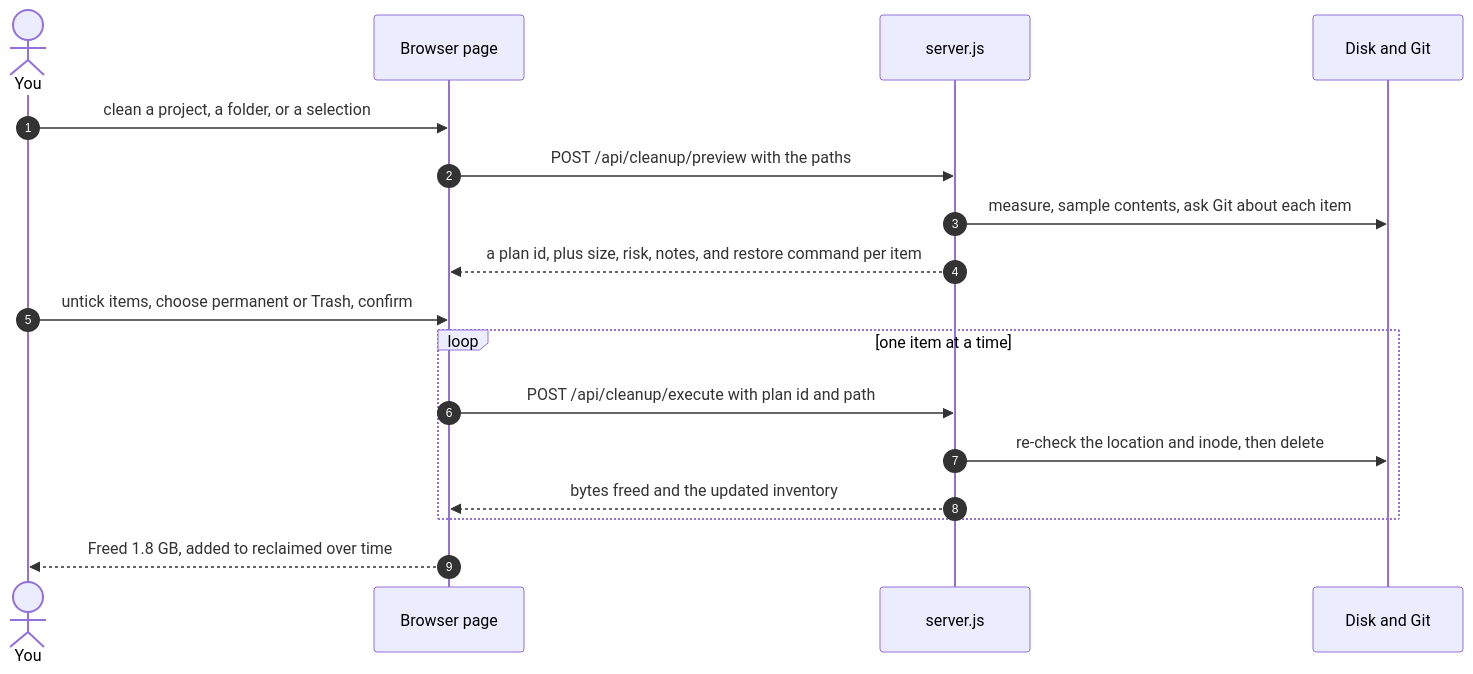
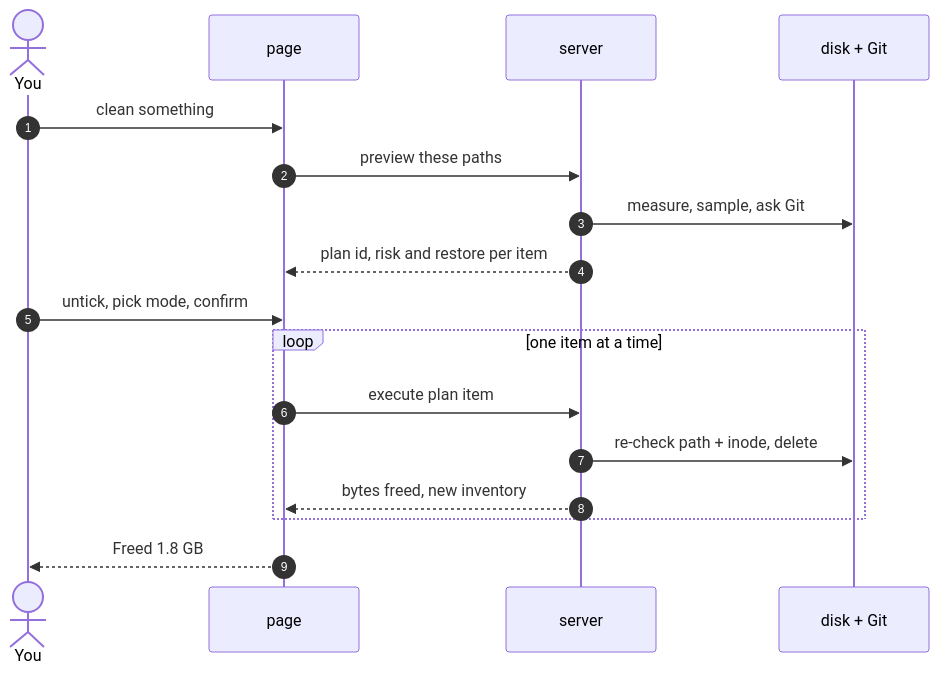
Before and after one commit to Rami-0/slop-finder: the second of 5 diagrams in README.md, drawn with Mermaid. The commit also changed other lines of this file, not shown here.

First line of the commit message:
Reshape the README diagrams to read at GitHub's column width

````diff
--- a/README.md
+++ b/README.md
@@ -162,19 +162,19 @@
 ```mermaid
 sequenceDiagram
     autonumber
     actor You
-    participant Page as Browser page
-    participant Server as server.js
-    participant Disk as Disk and Git
-    You->>Page: clean a project, a folder, or a selection
-    Page->>Server: POST /api/cleanup/preview with the paths
-    Server->>Disk: measure, sample contents, ask Git about each item
-    Server-->>Page: a plan id, plus size, risk, notes, and restore command per item
-    You->>Page: untick items, choose permanent or Trash, confirm
+    participant Page as page
+    participant Server as server
+    participant Disk as disk + Git
+    You->>Page: clean something
+    Page->>Server: preview these paths
+    Server->>Disk: measure, sample, ask Git
+    Server-->>Page: plan id, risk and restore per item
+    You->>Page: untick, pick mode, confirm
     loop one item at a time
-        Page->>Server: POST /api/cleanup/execute with plan id and path
-        Server->>Disk: re-check the location and inode, then delete
-        Server-->>Page: bytes freed and the updated inventory
+        Page->>Server: execute plan item
+        Server->>Disk: re-check path + inode, delete
+        Server-->>Page: bytes freed, new inventory
     end
-    Page-->>You: Freed 1.8 GB, added to reclaimed over time
+    Page-->>You: Freed 1.8 GB
 ```
````
